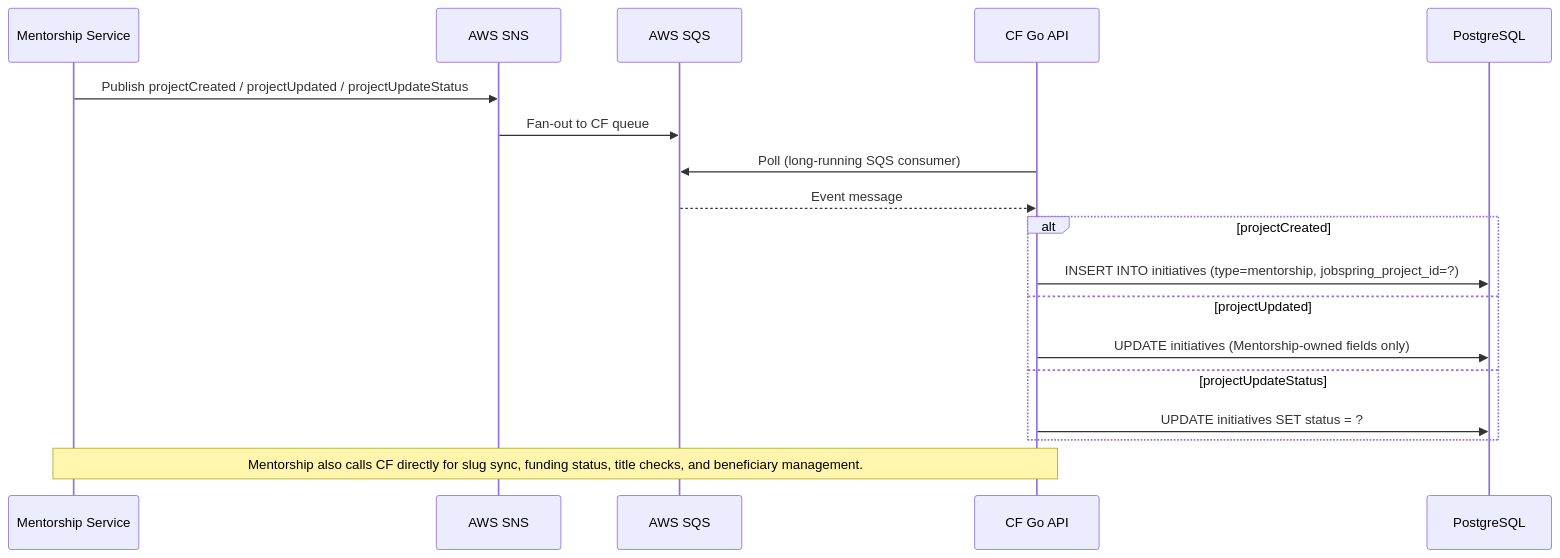
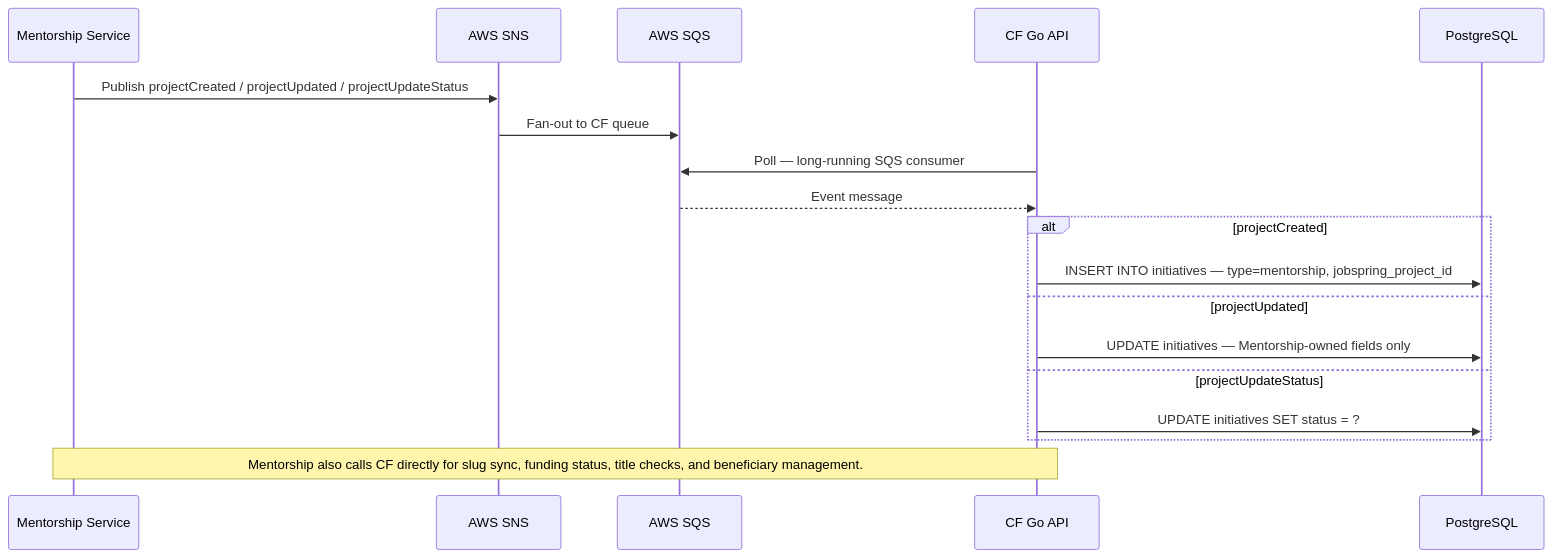
Before and after one commit to linuxfoundation/lfx-crowdfunding: the eighth of 8 diagrams in docs/architecture.md, drawn with Mermaid. The commit also changed other lines of this file, not shown here.

First line of the commit message:
docs(architecture): fix Mermaid parse errors from parentheses in labels

````diff
--- a/docs/architecture.md
+++ b/docs/architecture.md
@@ -390,23 +390,23 @@
 ```mermaid
 sequenceDiagram
     participant MS as Mentorship Service
     participant SNS as AWS SNS
     participant SQS as AWS SQS
     participant CF as CF Go API
     participant DB as PostgreSQL
 
     MS->>SNS: Publish projectCreated / projectUpdated / projectUpdateStatus
     SNS->>SQS: Fan-out to CF queue
-    CF->>SQS: Poll (long-running SQS consumer)
+    CF->>SQS: Poll — long-running SQS consumer
     SQS-->>CF: Event message
 
     alt projectCreated
-        CF->>DB: INSERT INTO initiatives (type=mentorship, jobspring_project_id=?)
+        CF->>DB: INSERT INTO initiatives — type=mentorship, jobspring_project_id
     else projectUpdated
-        CF->>DB: UPDATE initiatives (Mentorship-owned fields only)
+        CF->>DB: UPDATE initiatives — Mentorship-owned fields only
     else projectUpdateStatus
         CF->>DB: UPDATE initiatives SET status = ?
     end
 
     Note over MS,CF: Mentorship also calls CF directly for slug sync, funding status, title checks, and beneficiary management.
 ```
````
